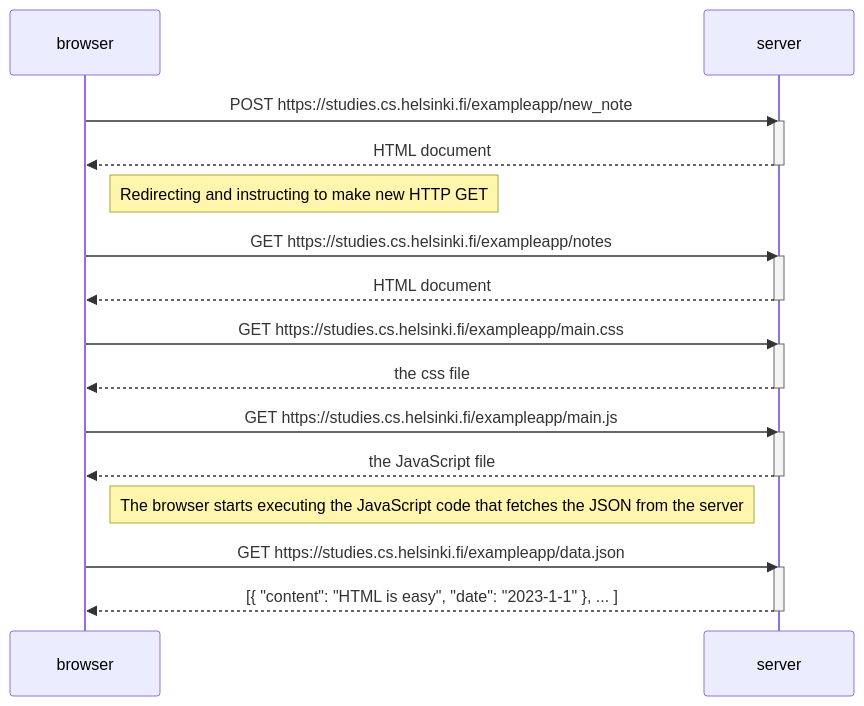
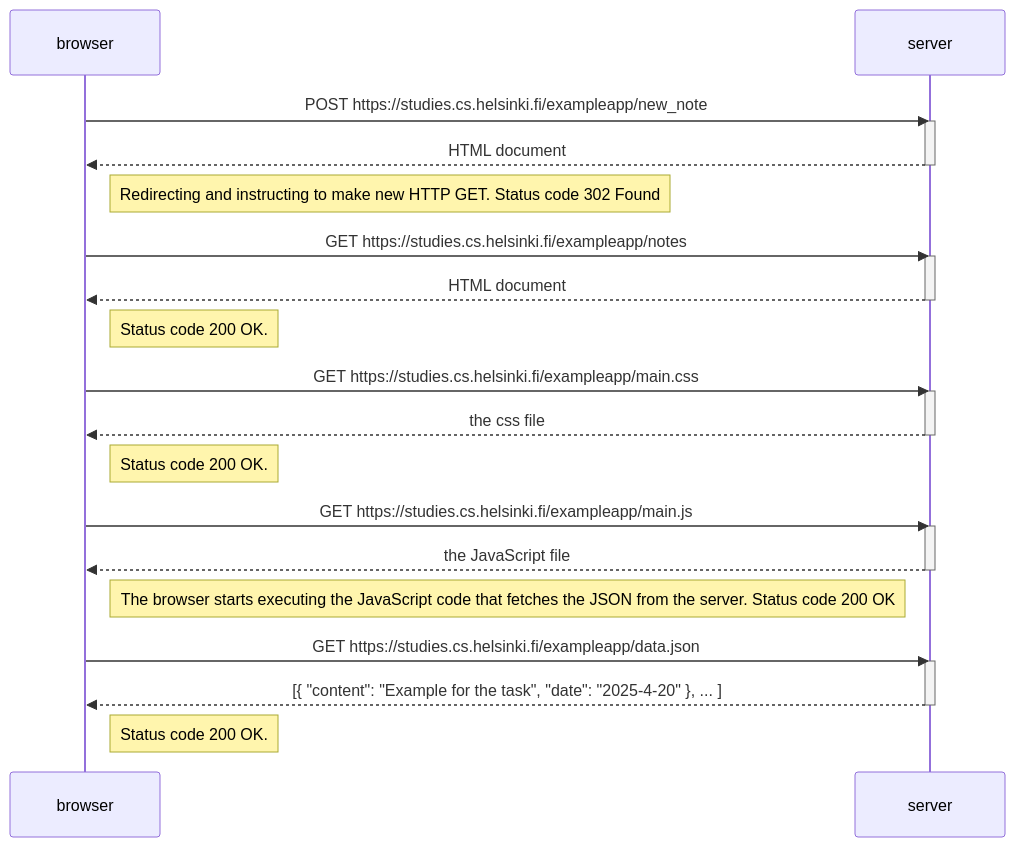
Before and after one commit to saravert/FullStackPalautus: the diagram in osa0/uusiMuistiinpano.md, drawn with Mermaid.

````diff
--- a/osa0/uusiMuistiinpano.md
+++ b/osa0/uusiMuistiinpano.md
@@ -1,34 +1,40 @@
 ```mermaid
 sequenceDiagram
     participant browser
     participant server
 
     browser->>server: POST https://studies.cs.helsinki.fi/exampleapp/new_note
     activate server
     server-->>browser: HTML document
     deactivate server
 
-    Note right of browser: Redirecting and instructing to make new HTTP GET 
+    Note right of browser: Redirecting and instructing to make new HTTP GET. Status code 302 Found
 
     browser->>server: GET https://studies.cs.helsinki.fi/exampleapp/notes
     activate server
     server-->>browser: HTML document
     deactivate server
+
+    Note right of browser: Status code 200 OK. 
     
     browser->>server: GET https://studies.cs.helsinki.fi/exampleapp/main.css
     activate server
     server-->>browser: the css file
     deactivate server
+
+    Note right of browser: Status code 200 OK. 
     
     browser->>server: GET https://studies.cs.helsinki.fi/exampleapp/main.js
     activate server
     server-->>browser: the JavaScript file
     deactivate server
     
-    Note right of browser: The browser starts executing the JavaScript code that fetches the JSON from the server
+    Note right of browser: The browser starts executing the JavaScript code that fetches the JSON from the server. Status code 200 OK
     
     browser->>server: GET https://studies.cs.helsinki.fi/exampleapp/data.json
     activate server
-    server-->>browser: [{ "content": "HTML is easy", "date": "2023-1-1" }, ... ]
-    deactivate server    
+    server-->>browser: [{ "content": "Example for the task", "date": "2025-4-20" }, ... ]
+    deactivate server
+
+    Note right of browser: Status code 200 OK. 
 ```
````
